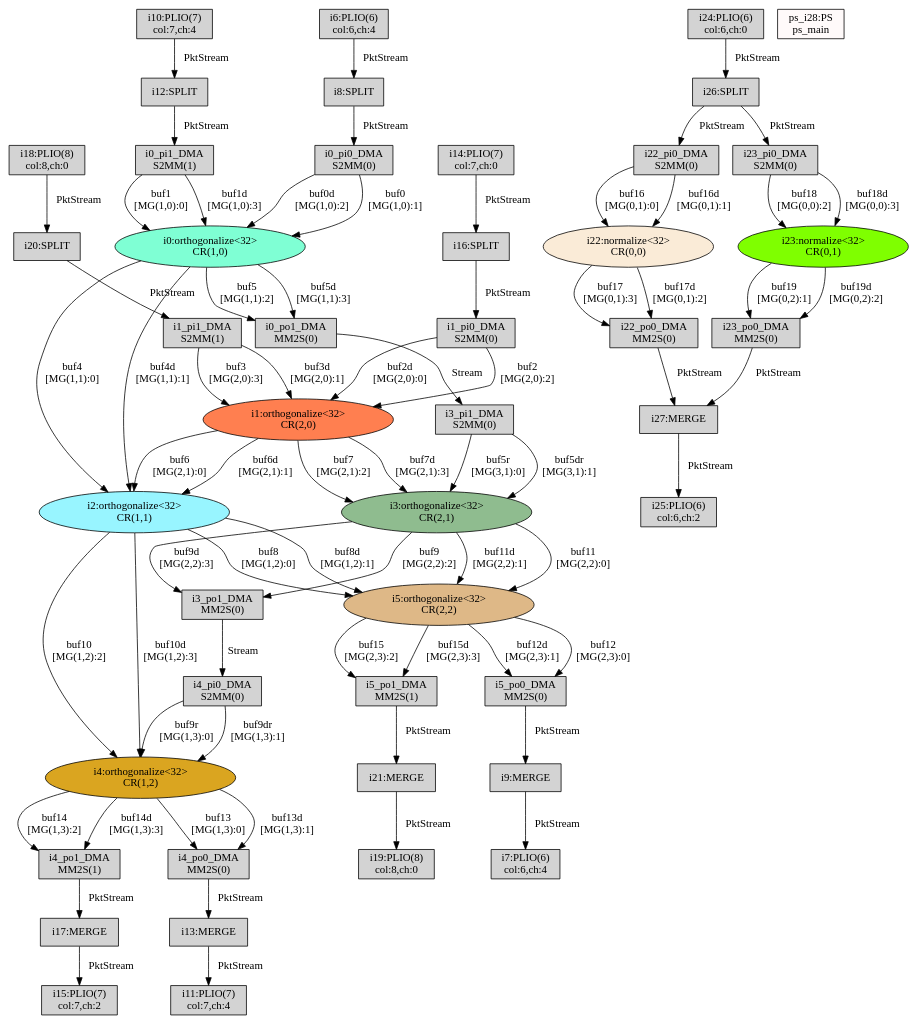
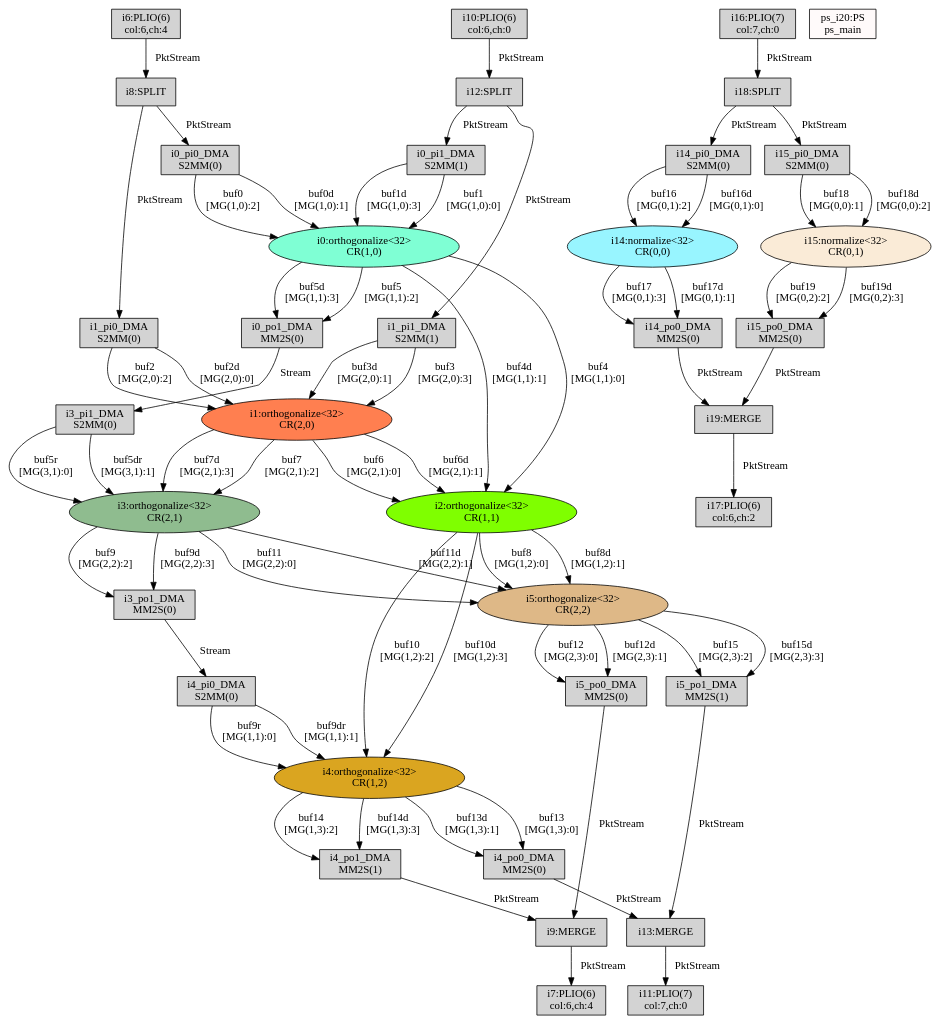
One commit to lxy-littlechai/SVD changed the diagram in testGen/Work/temp/TopGraph_mapped_post.dot. Above: the diagram before and after it, drawn with Graphviz. The commit also changed 1904 other files, not shown here.

```diff
--- a/testGen/Work/temp/TopGraph_mapped_post.dot
+++ b/testGen/Work/temp/TopGraph_mapped_post.dot
@@ -1,116 +1,104 @@
 digraph G { 
 "i0:orthogonalize<32>\n CR(1,0)"[style=filled, fillcolor=aquamarine]; 
 "i0_pi0_DMA\nS2MM(0)"[shape=box, style=filled, fillcolor=lightgrey]; 
 "i0_pi1_DMA\nS2MM(1)"[shape=box, style=filled, fillcolor=lightgrey]; 
 "i0_po1_DMA\nMM2S(0)"[shape=box, style=filled, fillcolor=lightgrey]; 
 "i1:orthogonalize<32>\n CR(2,0)"[style=filled, fillcolor=coral]; 
-"i10:PLIO(7)\ncol:7,ch:4"[shape=box, style=filled, fillcolor=lightgrey]; 
-"i11:PLIO(7)\ncol:7,ch:4"[shape=box, style=filled, fillcolor=lightgrey]; 
+"i10:PLIO(6)\ncol:6,ch:0"[shape=box, style=filled, fillcolor=lightgrey]; 
+"i11:PLIO(7)\ncol:7,ch:0"[shape=box, style=filled, fillcolor=lightgrey]; 
 "i12:SPLIT"[shape=box, style=filled, fillcolor=lightgrey]; 
 "i13:MERGE"[shape=box, style=filled, fillcolor=lightgrey]; 
-"i14:PLIO(7)\ncol:7,ch:0"[shape=box, style=filled, fillcolor=lightgrey]; 
-"i15:PLIO(7)\ncol:7,ch:2"[shape=box, style=filled, fillcolor=lightgrey]; 
-"i16:SPLIT"[shape=box, style=filled, fillcolor=lightgrey]; 
-"i17:MERGE"[shape=box, style=filled, fillcolor=lightgrey]; 
-"i18:PLIO(8)\ncol:8,ch:0"[shape=box, style=filled, fillcolor=lightgrey]; 
-"i19:PLIO(8)\ncol:8,ch:0"[shape=box, style=filled, fillcolor=lightgrey]; 
+"i14:normalize<32>\n CR(0,0)"[style=filled, fillcolor=cadetblue1]; 
+"i14_pi0_DMA\nS2MM(0)"[shape=box, style=filled, fillcolor=lightgrey]; 
+"i14_po0_DMA\nMM2S(0)"[shape=box, style=filled, fillcolor=lightgrey]; 
+"i15:normalize<32>\n CR(0,1)"[style=filled, fillcolor=antiquewhite]; 
+"i15_pi0_DMA\nS2MM(0)"[shape=box, style=filled, fillcolor=lightgrey]; 
+"i15_po0_DMA\nMM2S(0)"[shape=box, style=filled, fillcolor=lightgrey]; 
+"i16:PLIO(7)\ncol:7,ch:0"[shape=box, style=filled, fillcolor=lightgrey]; 
+"i17:PLIO(6)\ncol:6,ch:2"[shape=box, style=filled, fillcolor=lightgrey]; 
+"i18:SPLIT"[shape=box, style=filled, fillcolor=lightgrey]; 
+"i19:MERGE"[shape=box, style=filled, fillcolor=lightgrey]; 
 "i1_pi0_DMA\nS2MM(0)"[shape=box, style=filled, fillcolor=lightgrey]; 
 "i1_pi1_DMA\nS2MM(1)"[shape=box, style=filled, fillcolor=lightgrey]; 
-"i2:orthogonalize<32>\n CR(1,1)"[style=filled, fillcolor=cadetblue1]; 
-"i20:SPLIT"[shape=box, style=filled, fillcolor=lightgrey]; 
-"i21:MERGE"[shape=box, style=filled, fillcolor=lightgrey]; 
-"i22:normalize<32>\n CR(0,0)"[style=filled, fillcolor=antiquewhite]; 
-"i22_pi0_DMA\nS2MM(0)"[shape=box, style=filled, fillcolor=lightgrey]; 
-"i22_po0_DMA\nMM2S(0)"[shape=box, style=filled, fillcolor=lightgrey]; 
-"i23:normalize<32>\n CR(0,1)"[style=filled, fillcolor=chartreuse]; 
-"i23_pi0_DMA\nS2MM(0)"[shape=box, style=filled, fillcolor=lightgrey]; 
-"i23_po0_DMA\nMM2S(0)"[shape=box, style=filled, fillcolor=lightgrey]; 
-"i24:PLIO(6)\ncol:6,ch:0"[shape=box, style=filled, fillcolor=lightgrey]; 
-"i25:PLIO(6)\ncol:6,ch:2"[shape=box, style=filled, fillcolor=lightgrey]; 
-"i26:SPLIT"[shape=box, style=filled, fillcolor=lightgrey]; 
-"i27:MERGE"[shape=box, style=filled, fillcolor=lightgrey]; 
+"i2:orthogonalize<32>\n CR(1,1)"[style=filled, fillcolor=chartreuse]; 
 "i3:orthogonalize<32>\n CR(2,1)"[style=filled, fillcolor=darkseagreen]; 
 "i3_pi1_DMA\nS2MM(0)"[shape=box, style=filled, fillcolor=lightgrey]; 
 "i3_po1_DMA\nMM2S(0)"[shape=box, style=filled, fillcolor=lightgrey]; 
 "i4:orthogonalize<32>\n CR(1,2)"[style=filled, fillcolor=goldenrod]; 
 "i4_pi0_DMA\nS2MM(0)"[shape=box, style=filled, fillcolor=lightgrey]; 
 "i4_po0_DMA\nMM2S(0)"[shape=box, style=filled, fillcolor=lightgrey]; 
 "i4_po1_DMA\nMM2S(1)"[shape=box, style=filled, fillcolor=lightgrey]; 
 "i5:orthogonalize<32>\n CR(2,2)"[style=filled, fillcolor=burlywood]; 
 "i5_po0_DMA\nMM2S(0)"[shape=box, style=filled, fillcolor=lightgrey]; 
 "i5_po1_DMA\nMM2S(1)"[shape=box, style=filled, fillcolor=lightgrey]; 
 "i6:PLIO(6)\ncol:6,ch:4"[shape=box, style=filled, fillcolor=lightgrey]; 
 "i7:PLIO(6)\ncol:6,ch:4"[shape=box, style=filled, fillcolor=lightgrey]; 
 "i8:SPLIT"[shape=box, style=filled, fillcolor=lightgrey]; 
 "i9:MERGE"[shape=box, style=filled, fillcolor=lightgrey]; 
-"ps_i28:PS\nps_main"[shape=box, style=filled, fillcolor=snow]; 
+"ps_i20:PS\nps_main"[shape=box, style=filled, fillcolor=snow]; 
 "i8:SPLIT"->"i0_pi0_DMA\nS2MM(0)"[label=" PktStream"];
-"i0_pi0_DMA\nS2MM(0)"->"i0:orthogonalize<32>\n CR(1,0)"[label="buf0\n[MG(1,0):1]"];
-"i0_pi0_DMA\nS2MM(0)"->"i0:orthogonalize<32>\n CR(1,0)"[label="buf0d\n[MG(1,0):2]"];
+"i0_pi0_DMA\nS2MM(0)"->"i0:orthogonalize<32>\n CR(1,0)"[label="buf0\n[MG(1,0):2]"];
+"i0_pi0_DMA\nS2MM(0)"->"i0:orthogonalize<32>\n CR(1,0)"[label="buf0d\n[MG(1,0):1]"];
 "i12:SPLIT"->"i0_pi1_DMA\nS2MM(1)"[label=" PktStream"];
 "i0_pi1_DMA\nS2MM(1)"->"i0:orthogonalize<32>\n CR(1,0)"[label="buf1\n[MG(1,0):0]"];
 "i0_pi1_DMA\nS2MM(1)"->"i0:orthogonalize<32>\n CR(1,0)"[label="buf1d\n[MG(1,0):3]"];
-"i16:SPLIT"->"i1_pi0_DMA\nS2MM(0)"[label=" PktStream"];
+"i8:SPLIT"->"i1_pi0_DMA\nS2MM(0)"[label=" PktStream"];
 "i1_pi0_DMA\nS2MM(0)"->"i1:orthogonalize<32>\n CR(2,0)"[label="buf2\n[MG(2,0):2]"];
 "i1_pi0_DMA\nS2MM(0)"->"i1:orthogonalize<32>\n CR(2,0)"[label="buf2d\n[MG(2,0):0]"];
-"i20:SPLIT"->"i1_pi1_DMA\nS2MM(1)"[label=" PktStream"];
+"i12:SPLIT"->"i1_pi1_DMA\nS2MM(1)"[label=" PktStream"];
 "i1_pi1_DMA\nS2MM(1)"->"i1:orthogonalize<32>\n CR(2,0)"[label="buf3\n[MG(2,0):3]"];
 "i1_pi1_DMA\nS2MM(1)"->"i1:orthogonalize<32>\n CR(2,0)"[label="buf3d\n[MG(2,0):1]"];
 "i0:orthogonalize<32>\n CR(1,0)"->"i2:orthogonalize<32>\n CR(1,1)"[label="buf4\n[MG(1,1):0]"];
 "i0:orthogonalize<32>\n CR(1,0)"->"i2:orthogonalize<32>\n CR(1,1)"[label="buf4d\n[MG(1,1):1]"];
 "i0:orthogonalize<32>\n CR(1,0)"->"i0_po1_DMA\nMM2S(0)"[label="buf5\n[MG(1,1):2]"];
 "i0:orthogonalize<32>\n CR(1,0)"->"i0_po1_DMA\nMM2S(0)"[label="buf5d\n[MG(1,1):3]"];
 "i0_po1_DMA\nMM2S(0)"->"i3_pi1_DMA\nS2MM(0)"[label="Stream"];
 "i3_pi1_DMA\nS2MM(0)"->"i3:orthogonalize<32>\n CR(2,1)"[label="buf5r\n[MG(3,1):0]"];
 "i3_pi1_DMA\nS2MM(0)"->"i3:orthogonalize<32>\n CR(2,1)"[label="buf5dr\n[MG(3,1):1]"];
 "i1:orthogonalize<32>\n CR(2,0)"->"i2:orthogonalize<32>\n CR(1,1)"[label="buf6\n[MG(2,1):0]"];
 "i1:orthogonalize<32>\n CR(2,0)"->"i2:orthogonalize<32>\n CR(1,1)"[label="buf6d\n[MG(2,1):1]"];
 "i1:orthogonalize<32>\n CR(2,0)"->"i3:orthogonalize<32>\n CR(2,1)"[label="buf7\n[MG(2,1):2]"];
 "i1:orthogonalize<32>\n CR(2,0)"->"i3:orthogonalize<32>\n CR(2,1)"[label="buf7d\n[MG(2,1):3]"];
 "i2:orthogonalize<32>\n CR(1,1)"->"i5:orthogonalize<32>\n CR(2,2)"[label="buf8\n[MG(1,2):0]"];
 "i2:orthogonalize<32>\n CR(1,1)"->"i5:orthogonalize<32>\n CR(2,2)"[label="buf8d\n[MG(1,2):1]"];
 "i3:orthogonalize<32>\n CR(2,1)"->"i3_po1_DMA\nMM2S(0)"[label="buf9\n[MG(2,2):2]"];
 "i3:orthogonalize<32>\n CR(2,1)"->"i3_po1_DMA\nMM2S(0)"[label="buf9d\n[MG(2,2):3]"];
 "i3_po1_DMA\nMM2S(0)"->"i4_pi0_DMA\nS2MM(0)"[label="Stream"];
-"i4_pi0_DMA\nS2MM(0)"->"i4:orthogonalize<32>\n CR(1,2)"[label="buf9r\n[MG(1,3):0]"];
-"i4_pi0_DMA\nS2MM(0)"->"i4:orthogonalize<32>\n CR(1,2)"[label="buf9dr\n[MG(1,3):1]"];
+"i4_pi0_DMA\nS2MM(0)"->"i4:orthogonalize<32>\n CR(1,2)"[label="buf9r\n[MG(1,1):0]"];
+"i4_pi0_DMA\nS2MM(0)"->"i4:orthogonalize<32>\n CR(1,2)"[label="buf9dr\n[MG(1,1):1]"];
 "i2:orthogonalize<32>\n CR(1,1)"->"i4:orthogonalize<32>\n CR(1,2)"[label="buf10\n[MG(1,2):2]"];
 "i2:orthogonalize<32>\n CR(1,1)"->"i4:orthogonalize<32>\n CR(1,2)"[label="buf10d\n[MG(1,2):3]"];
 "i3:orthogonalize<32>\n CR(2,1)"->"i5:orthogonalize<32>\n CR(2,2)"[label="buf11\n[MG(2,2):0]"];
 "i3:orthogonalize<32>\n CR(2,1)"->"i5:orthogonalize<32>\n CR(2,2)"[label="buf11d\n[MG(2,2):1]"];
 "i5:orthogonalize<32>\n CR(2,2)"->"i5_po0_DMA\nMM2S(0)"[label="buf12\n[MG(2,3):0]"];
 "i5:orthogonalize<32>\n CR(2,2)"->"i5_po0_DMA\nMM2S(0)"[label="buf12d\n[MG(2,3):1]"];
 "i5_po0_DMA\nMM2S(0)" -> "i9:MERGE"[label=" PktStream"];
 "i4:orthogonalize<32>\n CR(1,2)"->"i4_po0_DMA\nMM2S(0)"[label="buf13\n[MG(1,3):0]"];
 "i4:orthogonalize<32>\n CR(1,2)"->"i4_po0_DMA\nMM2S(0)"[label="buf13d\n[MG(1,3):1]"];
 "i4_po0_DMA\nMM2S(0)" -> "i13:MERGE"[label=" PktStream"];
 "i4:orthogonalize<32>\n CR(1,2)"->"i4_po1_DMA\nMM2S(1)"[label="buf14\n[MG(1,3):2]"];
 "i4:orthogonalize<32>\n CR(1,2)"->"i4_po1_DMA\nMM2S(1)"[label="buf14d\n[MG(1,3):3]"];
-"i4_po1_DMA\nMM2S(1)" -> "i17:MERGE"[label=" PktStream"];
+"i4_po1_DMA\nMM2S(1)" -> "i9:MERGE"[label=" PktStream"];
 "i5:orthogonalize<32>\n CR(2,2)"->"i5_po1_DMA\nMM2S(1)"[label="buf15\n[MG(2,3):2]"];
 "i5:orthogonalize<32>\n CR(2,2)"->"i5_po1_DMA\nMM2S(1)"[label="buf15d\n[MG(2,3):3]"];
-"i5_po1_DMA\nMM2S(1)" -> "i21:MERGE"[label=" PktStream"];
+"i5_po1_DMA\nMM2S(1)" -> "i13:MERGE"[label=" PktStream"];
 "i6:PLIO(6)\ncol:6,ch:4" -> "i8:SPLIT"[label=" PktStream"];
 "i9:MERGE" -> "i7:PLIO(6)\ncol:6,ch:4"[label=" PktStream"];
-"i14:PLIO(7)\ncol:7,ch:0" -> "i16:SPLIT"[label=" PktStream"];
-"i17:MERGE" -> "i15:PLIO(7)\ncol:7,ch:2"[label=" PktStream"];
-"i10:PLIO(7)\ncol:7,ch:4" -> "i12:SPLIT"[label=" PktStream"];
-"i13:MERGE" -> "i11:PLIO(7)\ncol:7,ch:4"[label=" PktStream"];
-"i18:PLIO(8)\ncol:8,ch:0" -> "i20:SPLIT"[label=" PktStream"];
-"i21:MERGE" -> "i19:PLIO(8)\ncol:8,ch:0"[label=" PktStream"];
-"i26:SPLIT"->"i22_pi0_DMA\nS2MM(0)"[label=" PktStream"];
-"i22_pi0_DMA\nS2MM(0)"->"i22:normalize<32>\n CR(0,0)"[label="buf16\n[MG(0,1):0]"];
-"i22_pi0_DMA\nS2MM(0)"->"i22:normalize<32>\n CR(0,0)"[label="buf16d\n[MG(0,1):1]"];
-"i22:normalize<32>\n CR(0,0)"->"i22_po0_DMA\nMM2S(0)"[label="buf17\n[MG(0,1):3]"];
-"i22:normalize<32>\n CR(0,0)"->"i22_po0_DMA\nMM2S(0)"[label="buf17d\n[MG(0,1):2]"];
-"i22_po0_DMA\nMM2S(0)" -> "i27:MERGE"[label=" PktStream"];
-"i26:SPLIT"->"i23_pi0_DMA\nS2MM(0)"[label=" PktStream"];
-"i23_pi0_DMA\nS2MM(0)"->"i23:normalize<32>\n CR(0,1)"[label="buf18\n[MG(0,0):2]"];
-"i23_pi0_DMA\nS2MM(0)"->"i23:normalize<32>\n CR(0,1)"[label="buf18d\n[MG(0,0):3]"];
-"i23:normalize<32>\n CR(0,1)"->"i23_po0_DMA\nMM2S(0)"[label="buf19\n[MG(0,2):1]"];
-"i23:normalize<32>\n CR(0,1)"->"i23_po0_DMA\nMM2S(0)"[label="buf19d\n[MG(0,2):2]"];
-"i23_po0_DMA\nMM2S(0)" -> "i27:MERGE"[label=" PktStream"];
-"i24:PLIO(6)\ncol:6,ch:0" -> "i26:SPLIT"[label=" PktStream"];
-"i27:MERGE" -> "i25:PLIO(6)\ncol:6,ch:2"[label=" PktStream"];
+"i10:PLIO(6)\ncol:6,ch:0" -> "i12:SPLIT"[label=" PktStream"];
+"i13:MERGE" -> "i11:PLIO(7)\ncol:7,ch:0"[label=" PktStream"];
+"i18:SPLIT"->"i14_pi0_DMA\nS2MM(0)"[label=" PktStream"];
+"i14_pi0_DMA\nS2MM(0)"->"i14:normalize<32>\n CR(0,0)"[label="buf16\n[MG(0,1):2]"];
+"i14_pi0_DMA\nS2MM(0)"->"i14:normalize<32>\n CR(0,0)"[label="buf16d\n[MG(0,1):0]"];
+"i14:normalize<32>\n CR(0,0)"->"i14_po0_DMA\nMM2S(0)"[label="buf17\n[MG(0,1):3]"];
+"i14:normalize<32>\n CR(0,0)"->"i14_po0_DMA\nMM2S(0)"[label="buf17d\n[MG(0,1):1]"];
+"i14_po0_DMA\nMM2S(0)" -> "i19:MERGE"[label=" PktStream"];
+"i18:SPLIT"->"i15_pi0_DMA\nS2MM(0)"[label=" PktStream"];
+"i15_pi0_DMA\nS2MM(0)"->"i15:normalize<32>\n CR(0,1)"[label="buf18\n[MG(0,0):1]"];
+"i15_pi0_DMA\nS2MM(0)"->"i15:normalize<32>\n CR(0,1)"[label="buf18d\n[MG(0,0):2]"];
+"i15:normalize<32>\n CR(0,1)"->"i15_po0_DMA\nMM2S(0)"[label="buf19\n[MG(0,2):2]"];
+"i15:normalize<32>\n CR(0,1)"->"i15_po0_DMA\nMM2S(0)"[label="buf19d\n[MG(0,2):3]"];
+"i15_po0_DMA\nMM2S(0)" -> "i19:MERGE"[label=" PktStream"];
+"i16:PLIO(7)\ncol:7,ch:0" -> "i18:SPLIT"[label=" PktStream"];
+"i19:MERGE" -> "i17:PLIO(6)\ncol:6,ch:2"[label=" PktStream"];
 
  }
```
